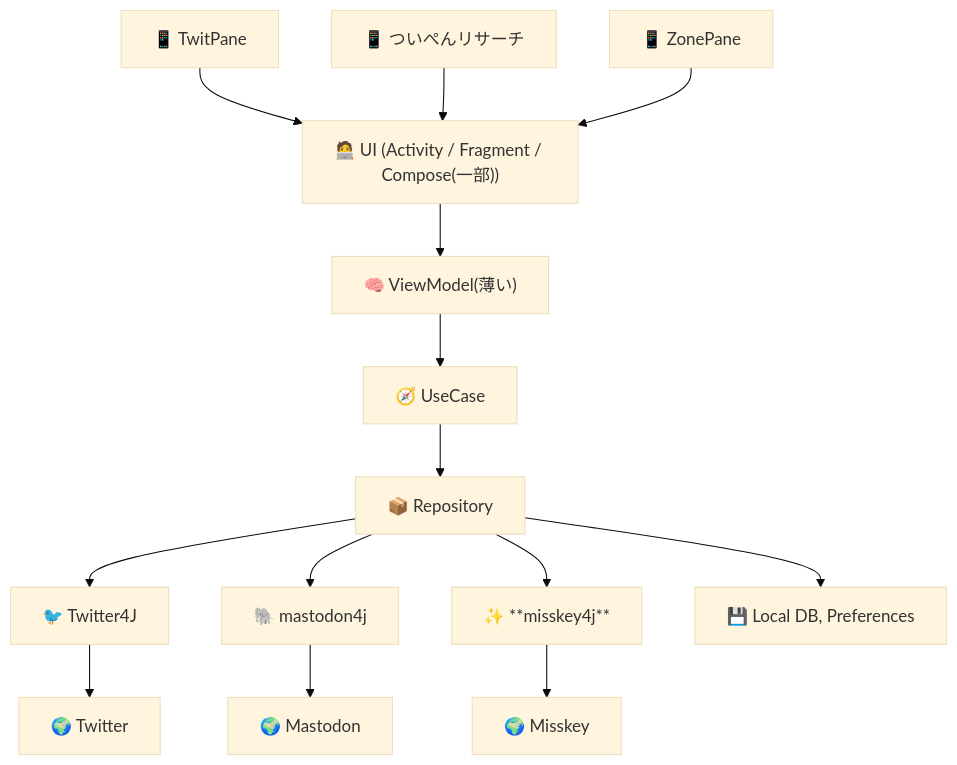
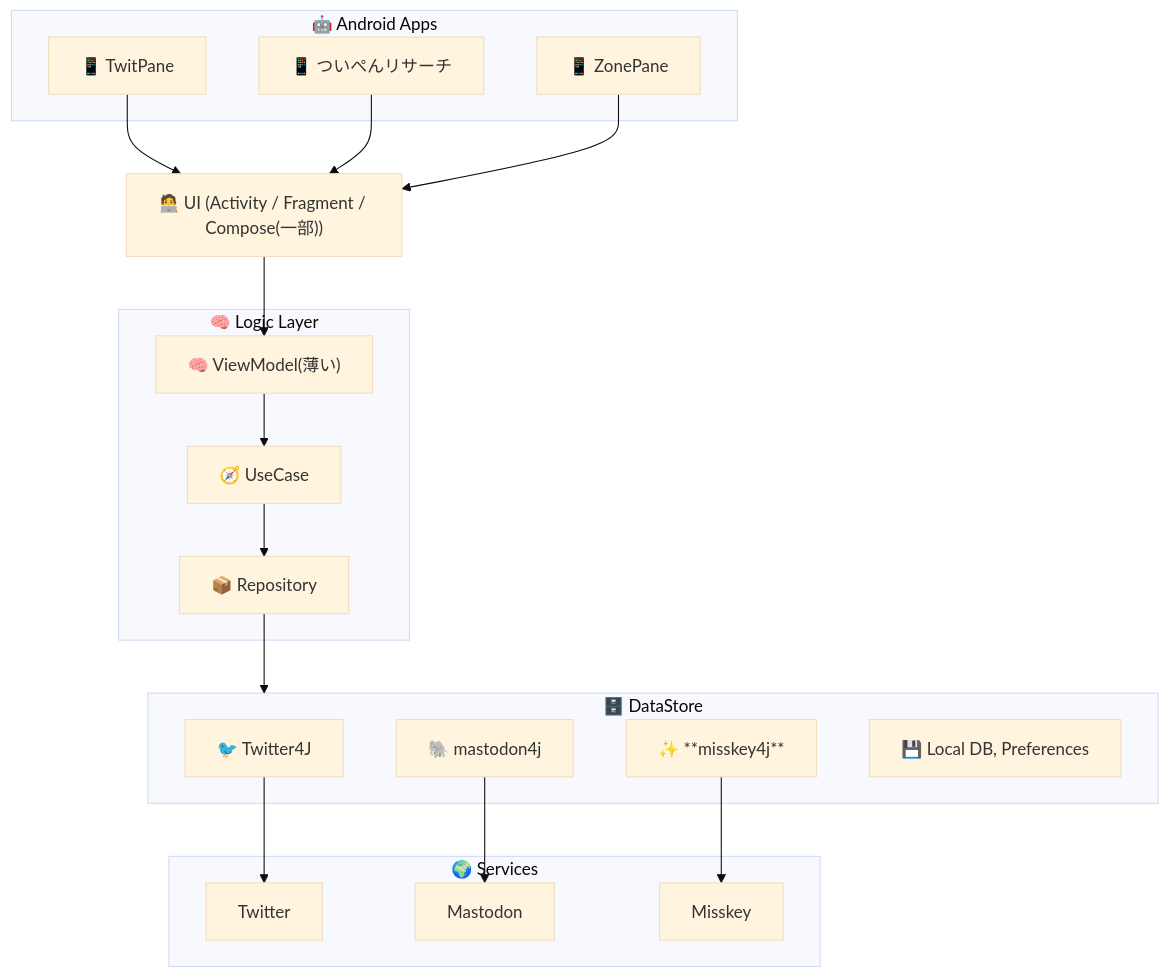
The fifth of 7 diagrams in twitpane.md (takke/mermaid_exam), drawn with Mermaid (base theme) before and after one commit. The commit also changed other lines of this file, not shown here.

````diff
--- a/twitpane.md
+++ b/twitpane.md
@@ -242,31 +290,50 @@
 ```mermaid
 flowchart TD
-  TP["📱 TwitPane"]
-  TPR["📱 ついぺんリサーチ"]
-  ZP["📱 ZonePane"]
+  %% Android Apps subgraph
+  subgraph AAP["🤖 Android Apps"]
+    TP["📱 TwitPane"]
+    TPR["📱 ついぺんリサーチ"]
+    ZP["📱 ZonePane"]
+  end
 
+  %% UI Layer
   UI["🧑‍💻 UI (Activity / Fragment / Compose(一部))"]
-  VM["🧠 ViewModel(薄い)"]
-  UC["🧭 UseCase"]
-  RP["📦 Repository"]
 
-  TW["🐦 Twitter4J"]
-  MA["🐘 mastodon4j"]
-  MI["✨ **misskey4j**"]
-  DB["💾 Local DB, Preferences"]
+  %% Logic Layer subgraph
+  subgraph LG["🧠 Logic Layer"]
+    VM["🧠 ViewModel(薄い)"]
+    UC["🧭 UseCase"]
+    RP["📦 Repository"]
+  end
 
-  S_TW["🌍 Twitter"]
-  S_MA["🌍 Mastodon"]
-  S_MI["🌍 Misskey"]
+  %% DataSource subgraph
+  subgraph DS["🗄️ DataStore"]
+    TW["🐦 Twitter4J"]
+    MA["🐘 mastodon4j"]
+    MI["✨ **misskey4j**"]
+    DB["💾 Local DB, Preferences"]
+  end
 
+  %% Service subgraph
+  subgraph SV["🌍 Services"]
+    S_TW["Twitter"]
+    S_MA["Mastodon"]
+    S_MI["Misskey"]
+  end
+
+  %% App connections
   TP --> UI
   TPR --> UI
   ZP --> UI
 
+  %% UI to Logic
   UI --> VM --> UC --> RP
 
-  RP --> TW --> S_TW
-  RP --> MA --> S_MA
-  RP --> MI --> S_MI
-  RP --> DB
+  %% Repository to DataSources
+  RP --> DS
+
+  %% DataStore to Services
+  TW --> S_TW
+  MA --> S_MA
+  MI --> S_MI
 ```
````
